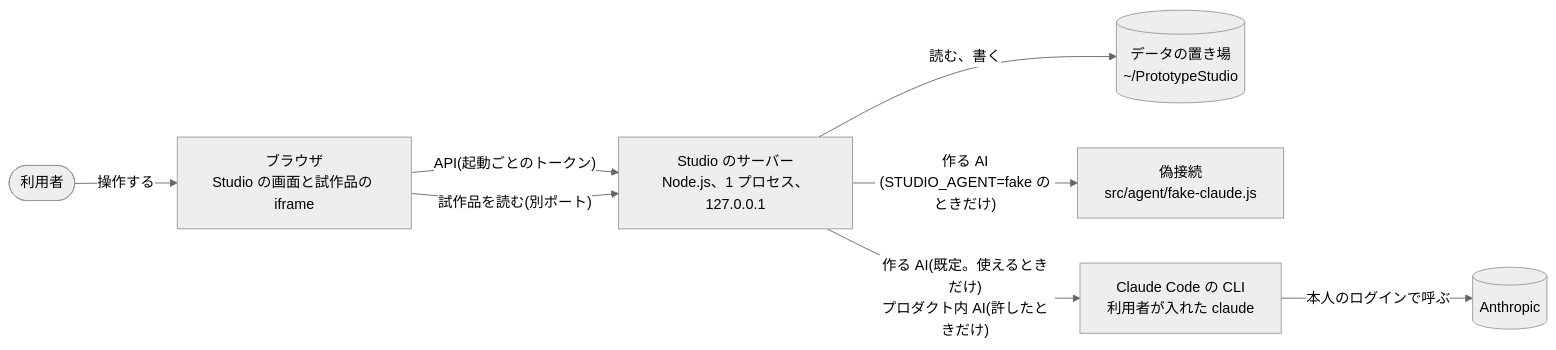
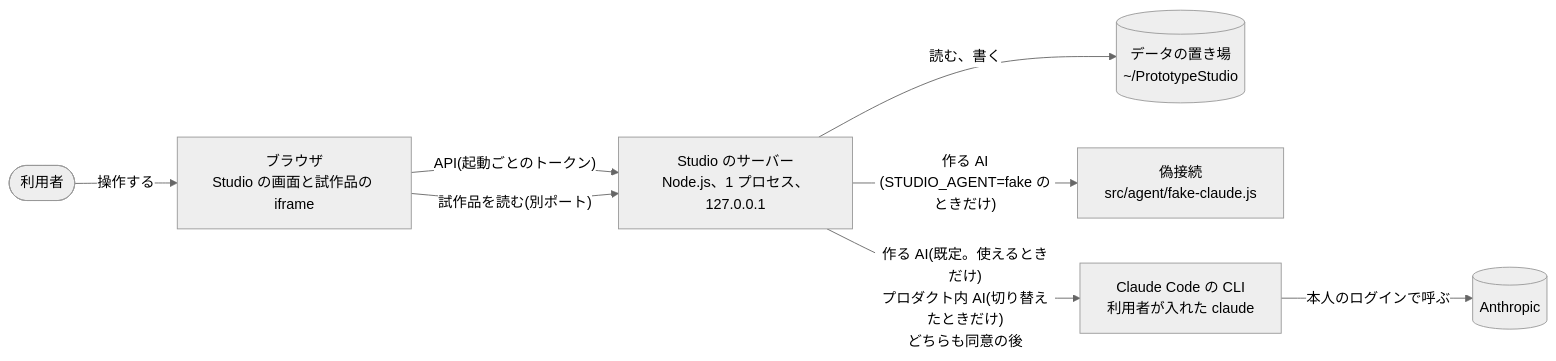
Before and after one commit to jyoka/agent-prototype-studio: the first of 2 diagrams in docs/architecture/hld.md, drawn with Mermaid (neutral theme). The commit also changed other lines of this file and 36 other files, not shown here.

````diff
--- a/docs/architecture/hld.md
+++ b/docs/architecture/hld.md
@@ -18,18 +18,18 @@
 ```mermaid
 flowchart LR
     you(["利用者"])
     browser["ブラウザ<br/>Studio の画面と試作品の iframe"]
     studio["Studio のサーバー<br/>Node.js、1 プロセス、127.0.0.1"]
     home[("データの置き場<br/>~/PrototypeStudio")]
     fake["偽接続<br/>src/agent/fake-claude.js"]
     claude["Claude Code の CLI<br/>利用者が入れた claude"]
     anthropic[("Anthropic")]
 
     you -- "操作する" --> browser
     browser -- "API(起動ごとのトークン)" --> studio
     browser -- "試作品を読む(別ポート)" --> studio
     studio -- "読む、書く" --> home
     studio -- "作る AI<br/>(STUDIO_AGENT=fake のときだけ)" --> fake
-    studio -- "作る AI(既定。使えるときだけ)<br/>プロダクト内 AI(許したときだけ)" --> claude
+    studio -- "作る AI(既定。使えるときだけ)<br/>プロダクト内 AI(切り替えたときだけ)<br/>どちらも同意の後" --> claude
     claude -- "本人のログインで呼ぶ" --> anthropic
 ```
````
